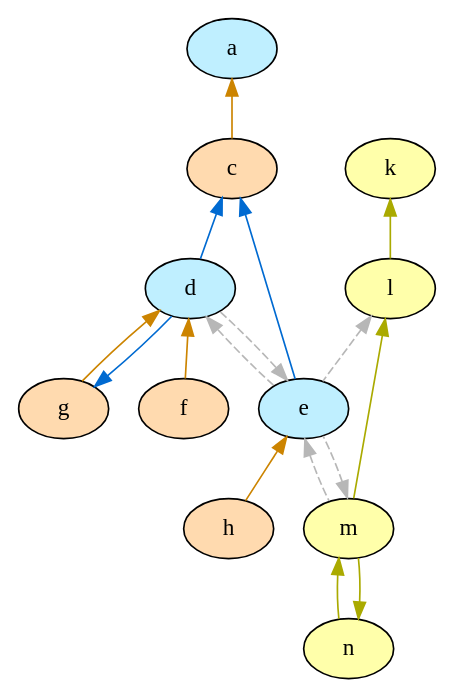
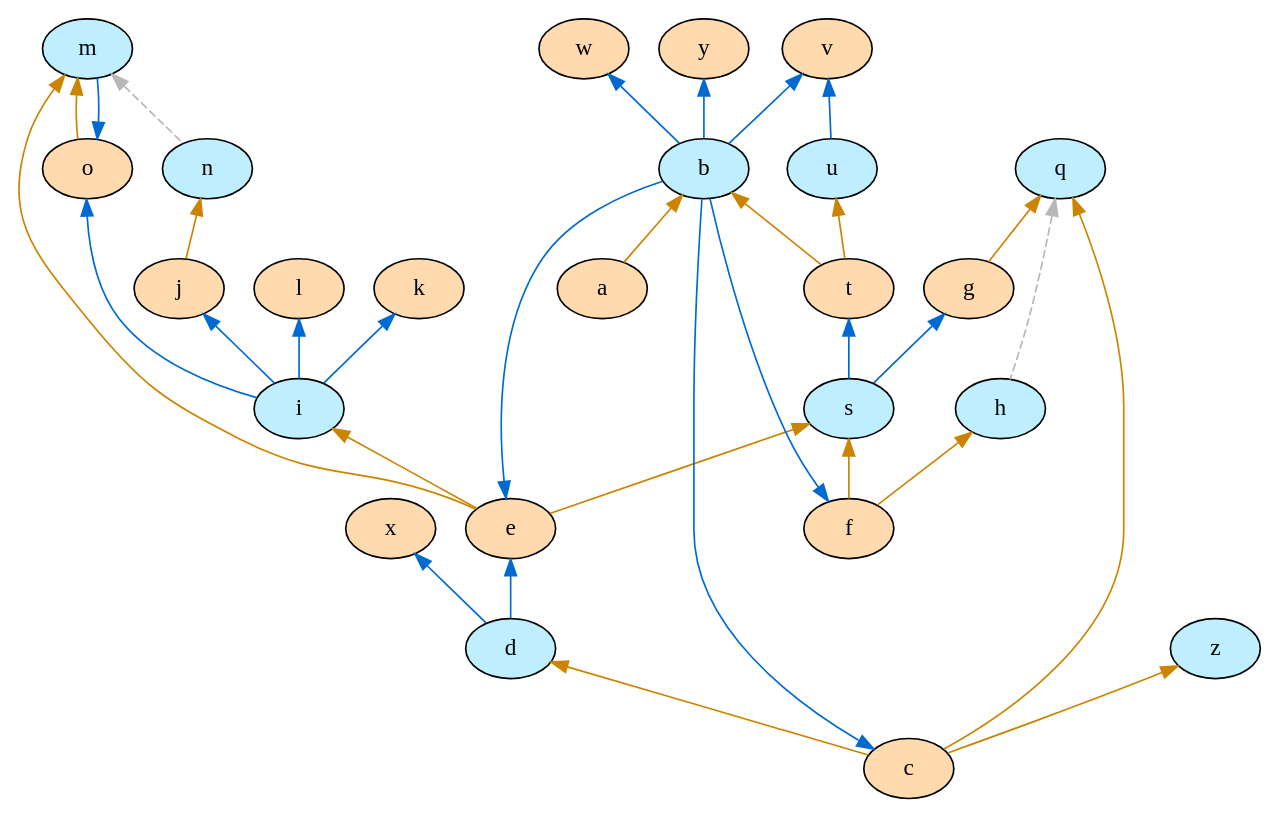
The diagram in XLoKR-2023/1-Vanilla_version/output/argu_graph_colored.dot (idaks/Games-and-Argumentation), drawn with Graphviz before and after one commit. The commit also changed 26 other files, not shown here.

```diff
--- a/XLoKR-2023/1-Vanilla_version/output/argu_graph_colored.dot
+++ b/XLoKR-2023/1-Vanilla_version/output/argu_graph_colored.dot
@@ -1,61 +1,116 @@
 strict digraph "" {
-	a	[fillcolor="#bfefff",
+	b	[fillcolor="#bfefff",
 		style=filled];
-	c	[fillcolor="#ffdaaf",
+	a	[fillcolor="#ffdaaf",
 		style=filled];
-	a -> c	[color="#cc8400",
+	b -> a	[color="#cc8400",
+		dir=back];
+	t	[fillcolor="#ffdaaf",
+		style=filled];
+	b -> t	[color="#cc8400",
+		dir=back];
+	s	[fillcolor="#bfefff",
+		style=filled];
+	t -> s	[color="#006ad1",
+		dir=back];
+	e	[fillcolor="#ffdaaf",
+		style=filled];
+	s -> e	[color="#cc8400",
+		dir=back];
+	f	[fillcolor="#ffdaaf",
+		style=filled];
+	s -> f	[color="#cc8400",
+		dir=back];
+	e -> b	[color="#006ad1",
 		dir=back];
 	d	[fillcolor="#bfefff",
 		style=filled];
-	c -> d	[color="#006ad1",
+	e -> d	[color="#006ad1",
 		dir=back];
-	e	[fillcolor="#bfefff",
+	f -> b	[color="#006ad1",
+		dir=back];
+	c	[fillcolor="#ffdaaf",
 		style=filled];
-	c -> e	[color="#006ad1",
+	c -> b	[color="#006ad1",
 		dir=back];
-	d -> e	[color="#b7b7b7",
-		dir=back,
-		style=dashed];
-	f	[fillcolor="#ffdaaf",
-		style=filled];
-	d -> f	[color="#cc8400",
+	d -> c	[color="#cc8400",
 		dir=back];
 	g	[fillcolor="#ffdaaf",
 		style=filled];
-	d -> g	[color="#cc8400",
+	g -> s	[color="#006ad1",
 		dir=back];
-	e -> d	[color="#b7b7b7",
+	h	[fillcolor="#bfefff",
+		style=filled];
+	h -> f	[color="#cc8400",
+		dir=back];
+	i	[fillcolor="#bfefff",
+		style=filled];
+	i -> e	[color="#cc8400",
+		dir=back];
+	j	[fillcolor="#ffdaaf",
+		style=filled];
+	j -> i	[color="#006ad1",
+		dir=back];
+	k	[fillcolor="#ffdaaf",
+		style=filled];
+	k -> i	[color="#006ad1",
+		dir=back];
+	l	[fillcolor="#ffdaaf",
+		style=filled];
+	l -> i	[color="#006ad1",
+		dir=back];
+	m	[fillcolor="#bfefff",
+		style=filled];
+	m -> e	[color="#cc8400",
+		dir=back];
+	o	[fillcolor="#ffdaaf",
+		style=filled];
+	m -> o	[color="#cc8400",
+		dir=back];
+	n	[fillcolor="#bfefff",
+		style=filled];
+	m -> n	[color="#b7b7b7",
 		dir=back,
 		style=dashed];
-	m	[fillcolor="#FFFFAA",
+	o -> i	[color="#006ad1",
+		dir=back];
+	o -> m	[color="#006ad1",
+		dir=back];
+	n -> j	[color="#cc8400",
+		dir=back];
+	q	[fillcolor="#bfefff",
 		style=filled];
-	e -> m	[color="#b7b7b7",
+	q -> c	[color="#cc8400",
+		dir=back];
+	q -> g	[color="#cc8400",
+		dir=back];
+	q -> h	[color="#b7b7b7",
 		dir=back,
 		style=dashed];
-	h	[fillcolor="#ffdaaf",
+	u	[fillcolor="#bfefff",
 		style=filled];
-	e -> h	[color="#cc8400",
+	u -> t	[color="#cc8400",
 		dir=back];
-	g -> d	[color="#006ad1",
+	v	[fillcolor="#ffdaaf",
+		style=filled];
+	v -> b	[color="#006ad1",
 		dir=back];
-	m -> e	[color="#b7b7b7",
-		dir=back,
-		style=dashed];
-	n	[fillcolor="#FFFFAA",
+	v -> u	[color="#006ad1",
+		dir=back];
+	w	[fillcolor="#ffdaaf",
 		style=filled];
-	m -> n	[color="#AAAA00",
+	w -> b	[color="#006ad1",
 		dir=back];
-	k	[fillcolor="#FFFFAA",
+	x	[fillcolor="#ffdaaf",
 		style=filled];
-	l	[fillcolor="#FFFFAA",
+	x -> d	[color="#006ad1",
+		dir=back];
+	y	[fillcolor="#ffdaaf",
 		style=filled];
-	k -> l	[color="#AAAA00",
+	y -> b	[color="#006ad1",
 		dir=back];
-	l -> e	[color="#b7b7b7",
-		dir=back,
-		style=dashed];
-	l -> m	[color="#AAAA00",
-		dir=back];
-	n -> m	[color="#AAAA00",
+	z	[fillcolor="#bfefff",
+		style=filled];
+	z -> c	[color="#cc8400",
 		dir=back];
 }
```
